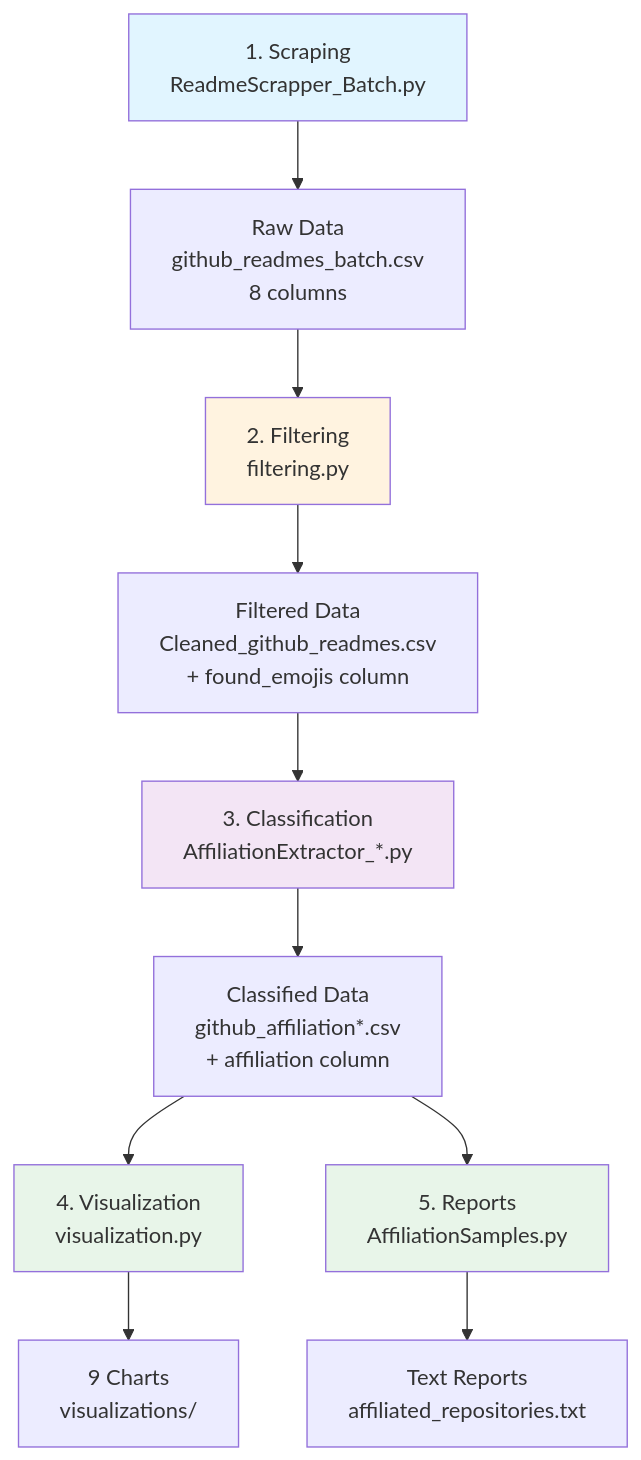
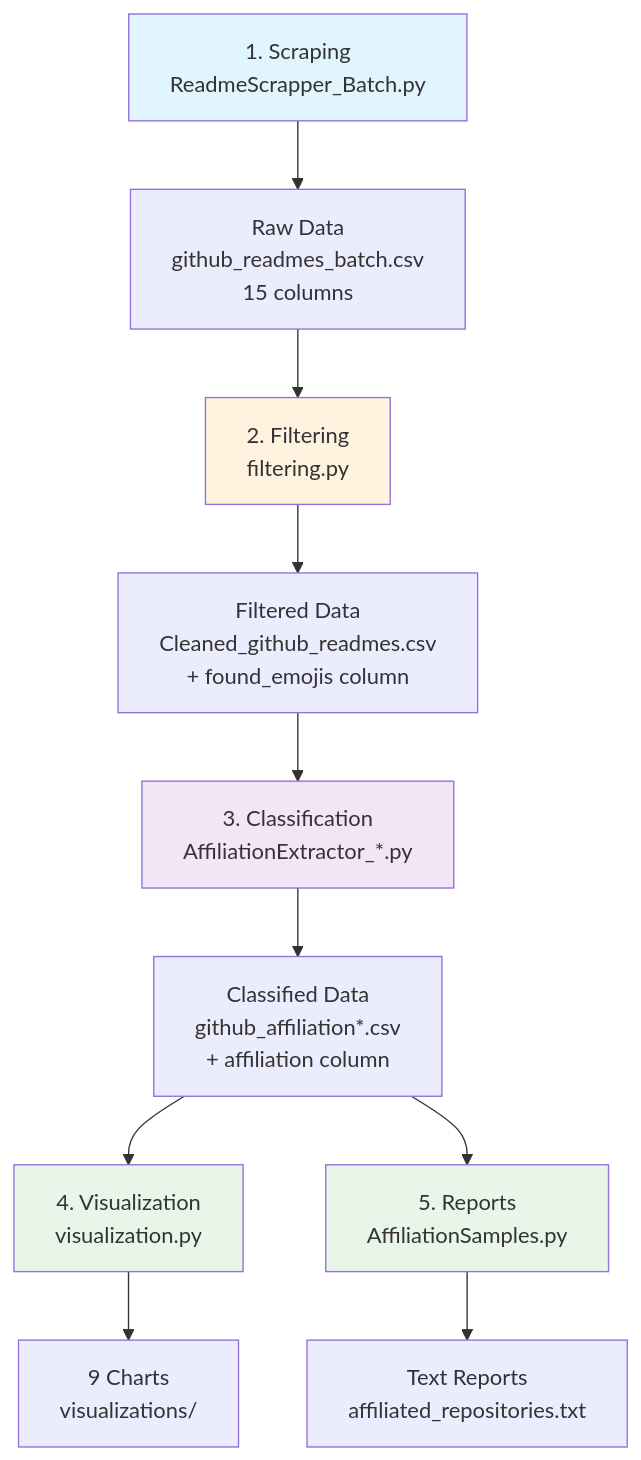
One commit to AMRIZH/EmojiandAffiliation changed the diagram in README.md. Above: the diagram before and after it, drawn with Mermaid. The commit also changed other lines of this file and 1 other file, not shown here.

````diff
--- a/README.md
+++ b/README.md
@@ -20,18 +21,18 @@
 ```mermaid
 graph TD
-    A[1. Scraping<br/>ReadmeScrapper_Batch.py] --> B[Raw Data<br/>github_readmes_batch.csv<br/>8 columns]
+    A[1. Scraping<br/>ReadmeScrapper_Batch.py] --> B[Raw Data<br/>github_readmes_batch.csv<br/>15 columns]
     B --> C[2. Filtering<br/>filtering.py]
     C --> D[Filtered Data<br/>Cleaned_github_readmes.csv<br/>+ found_emojis column]
     D --> E[3. Classification<br/>AffiliationExtractor_*.py]
     E --> F[Classified Data<br/>github_affiliation*.csv<br/>+ affiliation column]
     F --> G[4. Visualization<br/>visualization.py]
     F --> H[5. Reports<br/>AffiliationSamples.py]
     G --> I[9 Charts<br/>visualizations/]
     H --> J[Text Reports<br/>affiliated_repositories.txt]
     
     style A fill:#e1f5ff
     style C fill:#fff3e0
     style E fill:#f3e5f5
     style G fill:#e8f5e9
     style H fill:#e8f5e9
 ```
````
